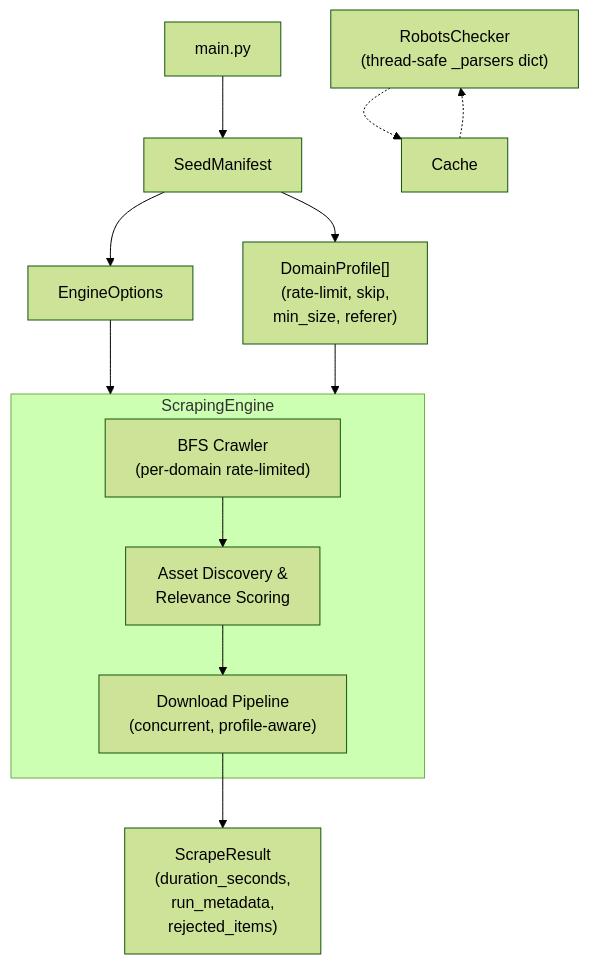
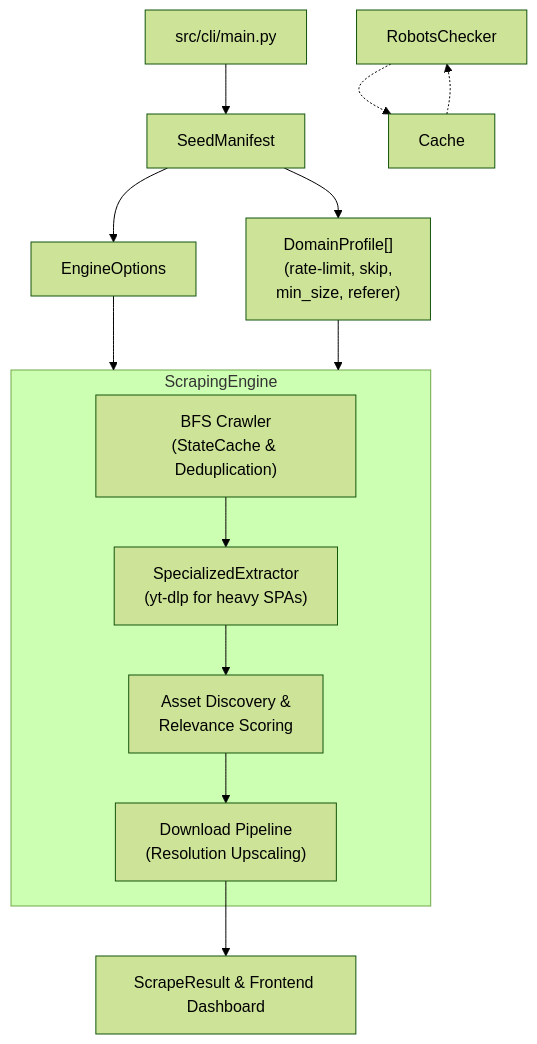
The diagram in README.md (rhaffle87/scrAPE), drawn with Mermaid (forest theme) before and after one commit. The commit also changed other lines of this file and 46 other files, not shown here.

Commit message:
refactor: restructure project into modular architecture with dedicated CLI, scraper, and storage components

````diff
--- a/README.md
+++ b/README.md
@@ -137,20 +140,21 @@
 ```mermaid
 flowchart TD
-    MP["main.py"] --> SM["SeedManifest"]
+    MP["src/cli/main.py"] --> SM["SeedManifest"]
     SM --> DP["DomainProfile[]<br/>(rate-limit, skip,<br/>min_size, referer)"]
     SM --> EO["EngineOptions"] --> SE["ScrapingEngine"]
     DP --> SE
 
     subgraph SE["ScrapingEngine"]
-        BF["BFS Crawler<br/>(per-domain rate-limited)"]
+        BF["BFS Crawler<br/>(StateCache & Deduplication)"]
+        SPE["SpecializedExtractor<br/>(yt-dlp for heavy SPAs)"]
         AD["Asset Discovery &amp;<br/>Relevance Scoring"]
-        DLP["Download Pipeline<br/>(concurrent, profile-aware)"]
+        DLP["Download Pipeline<br/>(Resolution Upscaling)"]
     end
 
-    RC["RobotsChecker<br/>(thread-safe _parsers dict)"] -.-> C["Cache"]
+    RC["RobotsChecker"] -.-> C["Cache"]
     C -.-> RC
 
-    SR["ScrapeResult<br/>(duration_seconds,<br/>run_metadata,<br/>rejected_items)"]
+    SR["ScrapeResult & Frontend Dashboard"]
 
-    BF --> AD --> DLP --> SR
+    BF --> SPE --> AD --> DLP --> SR
 ```
````
